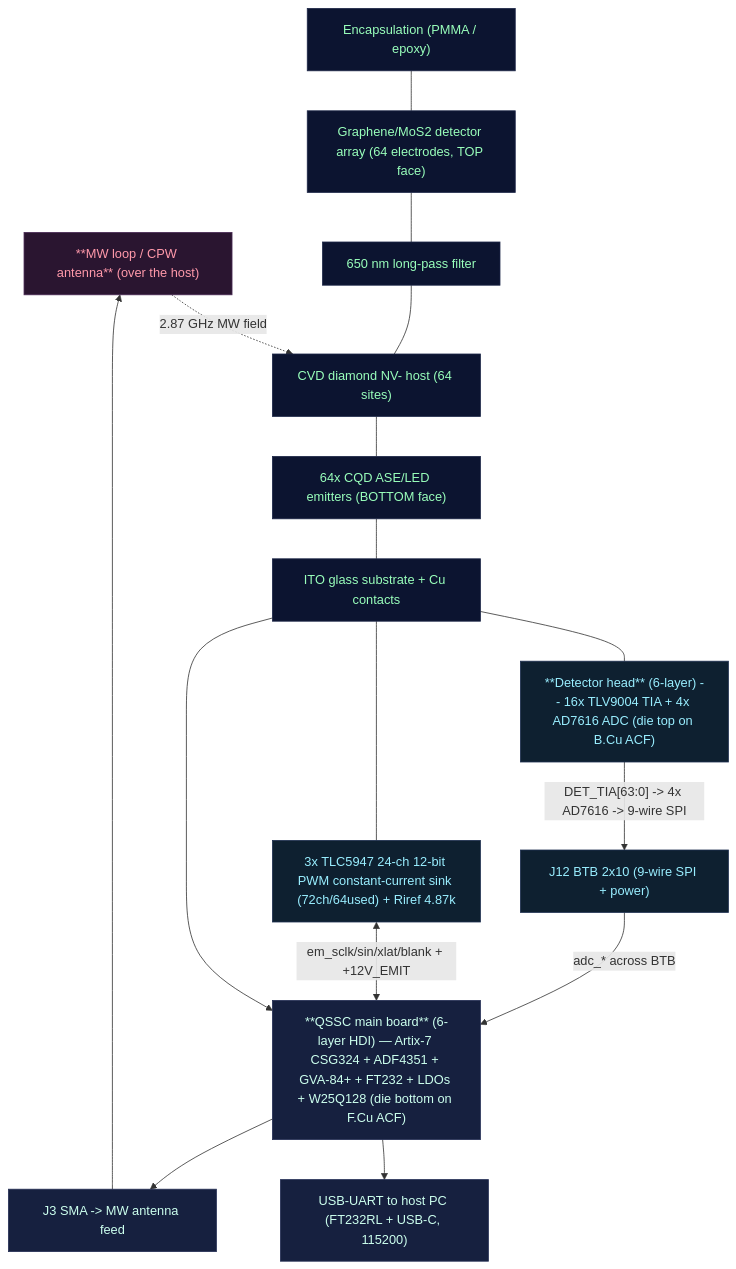
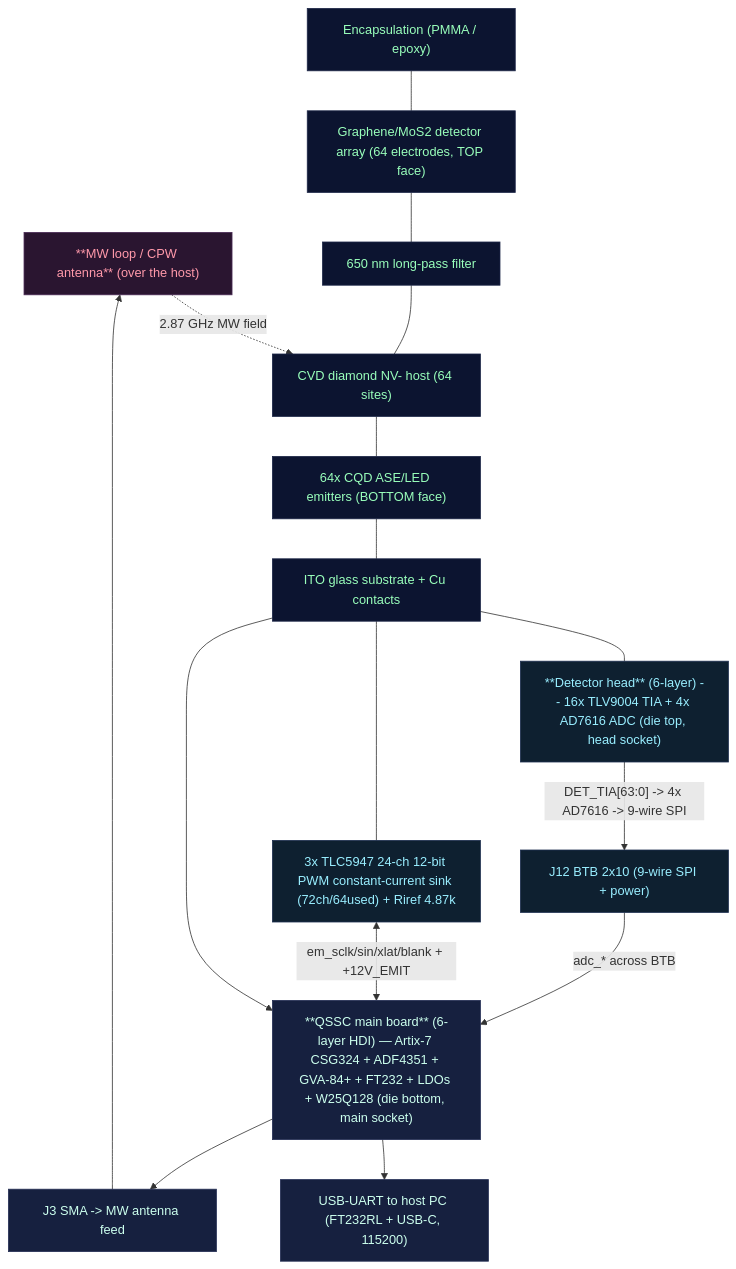
The second of 2 diagrams in hardware/HARDWARE_DESIGN.md (VABISMO/QSSC), drawn with Mermaid before and after one commit. The commit also changed other lines of this file and 6 other files, not shown here.

````diff
--- a/hardware/HARDWARE_DESIGN.md
+++ b/hardware/HARDWARE_DESIGN.md
@@ -253,32 +261,32 @@
 ```mermaid
 flowchart TB
   classDef pcb fill:#16203f,stroke:#263056,color:#cfe
   classDef chip fill:#0c1430,stroke:#1d2748,color:#9fb
   classDef mw fill:#2a1530,stroke:#4a2a55,color:#f9a
   classDef fe fill:#0e2030,stroke:#1e3050,color:#9ef
 
   ANT["**MW loop / CPW antenna** (over the host)"]:::mw
   ENC["Encapsulation (PMMA / epoxy)"]:::chip
   DET["Graphene/MoS2 detector array (64 electrodes, TOP face)"]:::chip
   FILT["650 nm long-pass filter"]:::chip
   HOST["CVD diamond NV- host (64 sites)"]:::chip
   EM["64x CQD ASE/LED emitters (BOTTOM face)"]:::chip
   SUB["ITO glass substrate + Cu contacts"]:::chip
-  HEAD["**Detector head** (6-layer) -- 16x TLV9004 TIA + 4x AD7616 ADC (die top on B.Cu ACF)"]:::fe
+  HEAD["**Detector head** (6-layer) -- 16x TLV9004 TIA + 4x AD7616 ADC (die top, head socket)"]:::fe
   DRV["3x TLC5947 24-ch 12-bit PWM constant-current sink (72ch/64used) + Riref 4.87k"]:::fe
-  PCB["**QSSC main board** (6-layer HDI) — Artix-7 CSG324 + ADF4351 + GVA-84+ + FT232 + LDOs + W25Q128 (die bottom on F.Cu ACF)"]:::pcb
+  PCB["**QSSC main board** (6-layer HDI) — Artix-7 CSG324 + ADF4351 + GVA-84+ + FT232 + LDOs + W25Q128 (die bottom, main socket)"]:::pcb
   J12["J12 BTB 2x10 (9-wire SPI + power)"]:::fe
   USB["USB-UART to host PC (FT232RL + USB-C, 115200)"]:::pcb
   SMA["J3 SMA -> MW antenna feed"]:::pcb
 
   ANT -. "2.87 GHz MW field" .-> HOST
   ENC --- DET --- FILT --- HOST --- EM --- SUB
   SUB --- HEAD
   SUB --- DRV
   HEAD -->|"DET_TIA[63:0] -> 4x AD7616 -> 9-wire SPI"| J12
   J12 -->|"adc_* across BTB"| PCB
   DRV <-->|"em_sclk/sin/xlat/blank + +12V_EMIT"| PCB
   SUB --> PCB
   PCB --> USB
   PCB --> SMA --> ANT
 ```
````
